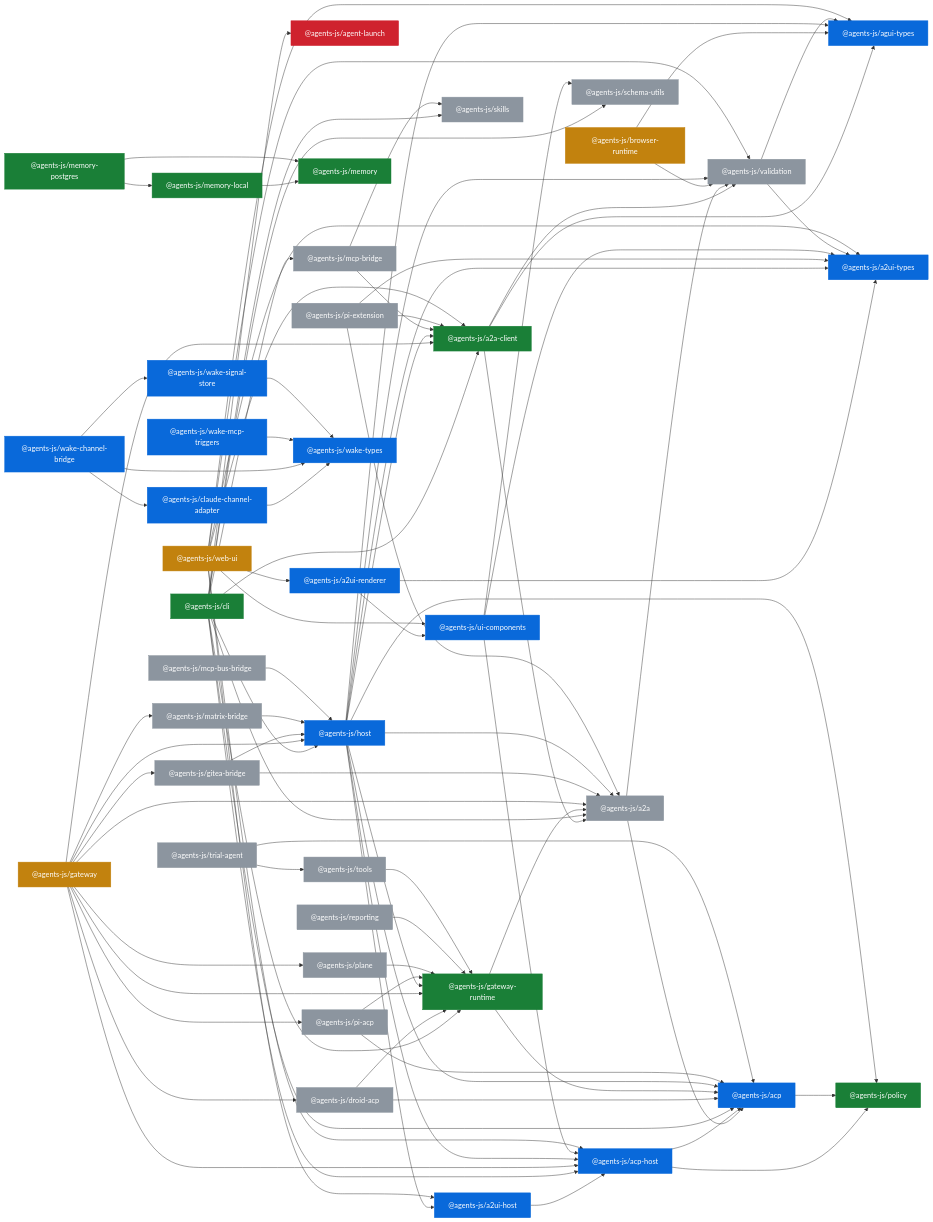
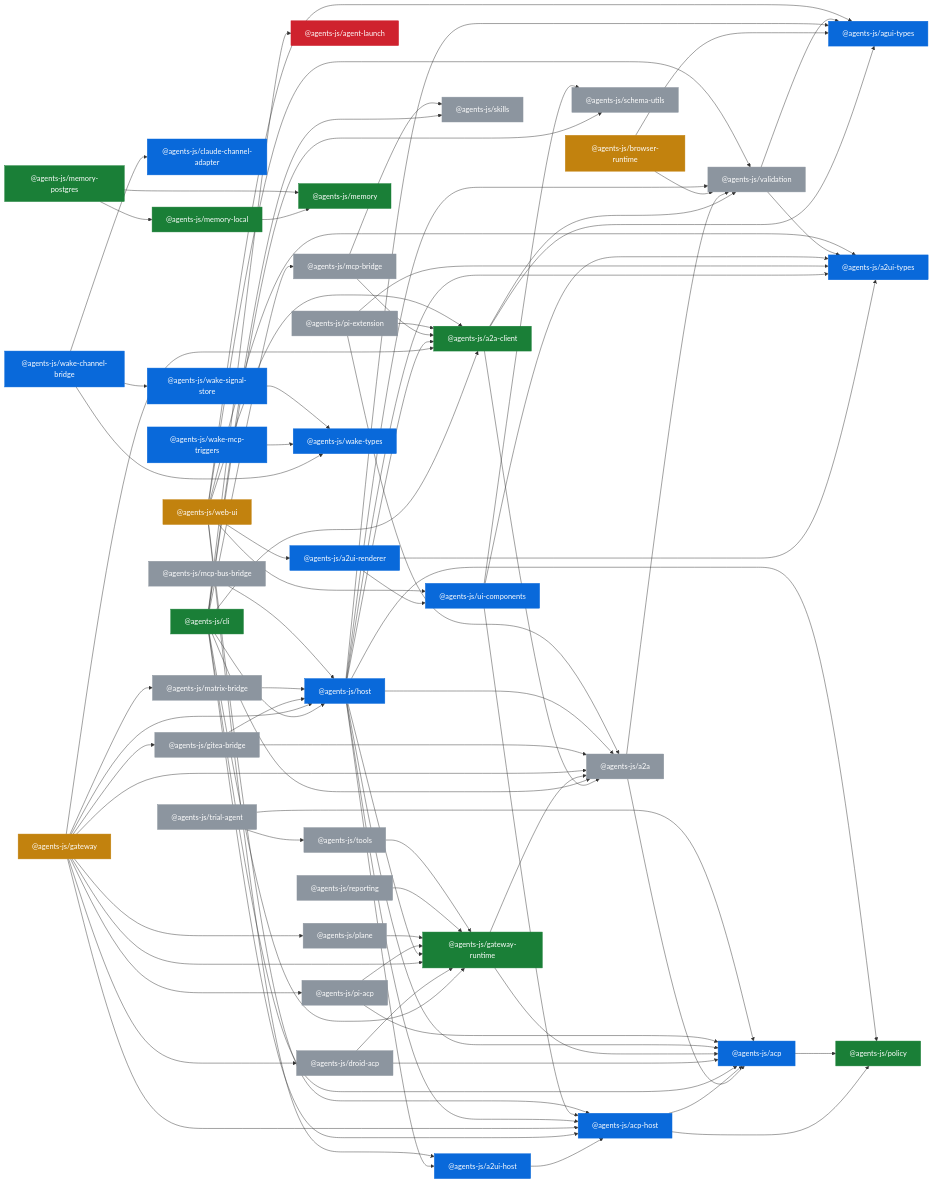
The diagram in docs/_generated/capability-graph.md (jensbodal/agents-js), drawn with Mermaid before and after one commit. The commit also changed 16 other files, not shown here.

```diff
--- a/docs/_generated/capability-graph.md
+++ b/docs/_generated/capability-graph.md
@@ -60,7 +60,6 @@
   acp --> policy
   browser_runtime --> agui_types
   browser_runtime --> validation
-  claude_channel_adapter --> wake_types
   cli --> a2a
   cli --> a2a_client
   cli --> acp
```
